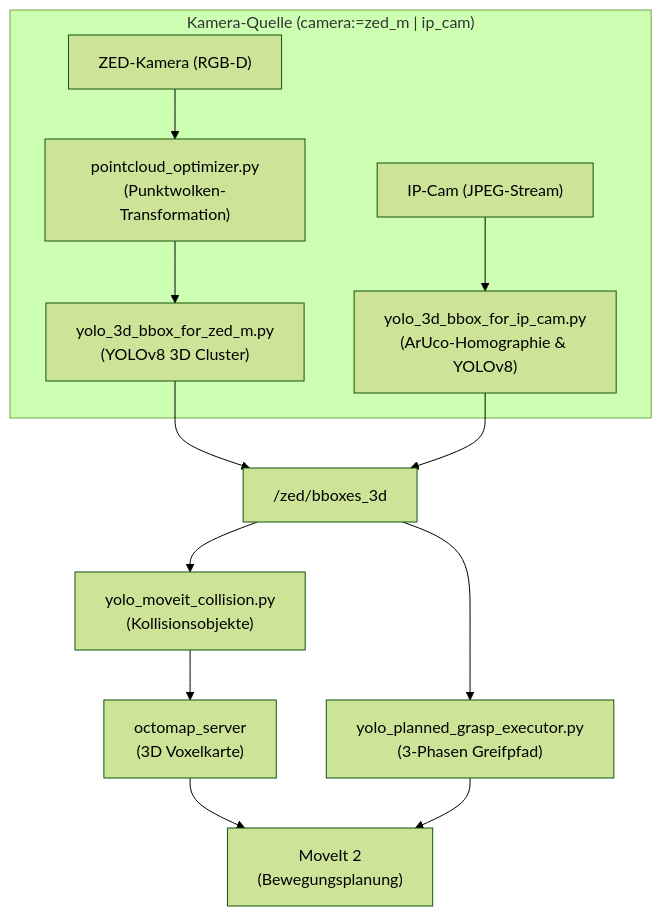
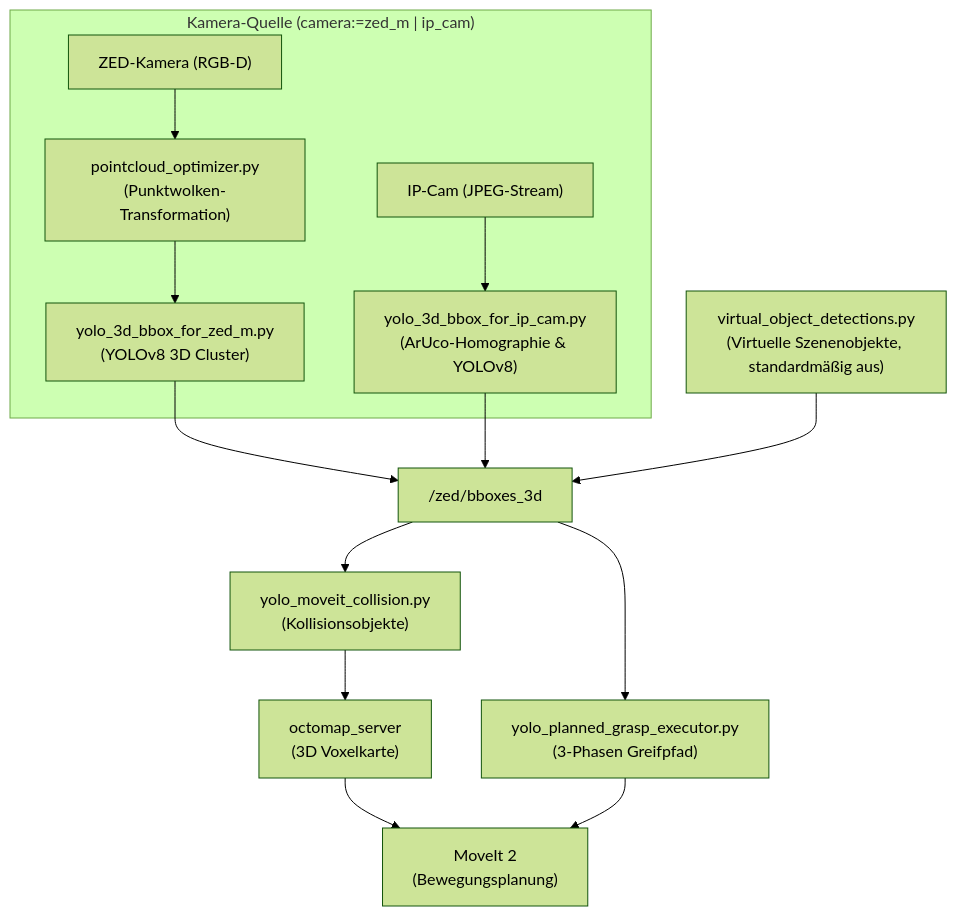
Before and after one commit to lu4k87/my_xarm_lite6-extended: the second of 9 diagrams in readme-de.md, drawn with Mermaid (forest theme). The commit also changed other lines of this file and 1 other file, not shown here.

First line of the commit message:
docs: README (EN/DE) for popup start page, virtual objects, SYSTEM tab, TF tuner sync

````diff
--- a/readme-de.md
+++ b/readme-de.md
@@ -560,15 +565,16 @@
 ```mermaid
 flowchart TD
     subgraph Cameras ["Kamera-Quelle (camera:=zed_m | ip_cam)"]
         ZED["ZED-Kamera (RGB-D)"] --> PC["pointcloud_optimizer.py<br/>(Punktwolken-Transformation)"]
         PC --> YOLO_ZED["yolo_3d_bbox_for_zed_m.py<br/>(YOLOv8 3D Cluster)"]
         IP["IP-Cam (JPEG-Stream)"] --> YOLO_IP["yolo_3d_bbox_for_ip_cam.py<br/>(ArUco-Homographie & YOLOv8)"]
     end
     YOLO_ZED --> BBOX["/zed/bboxes_3d"]
     YOLO_IP --> BBOX
+    VIRT["virtual_object_detections.py<br/>(Virtuelle Szenenobjekte, standardmäßig aus)"] --> BBOX
     BBOX --> COLL["yolo_moveit_collision.py<br/>(Kollisionsobjekte)"]
     BBOX --> GRASP["yolo_planned_grasp_executor.py<br/>(3-Phasen Greifpfad)"]
     COLL --> OCTO["octomap_server<br/>(3D Voxelkarte)"]
     OCTO --> MOVEIT["MoveIt 2<br/>(Bewegungsplanung)"]
     GRASP --> MOVEIT
 ```
````
